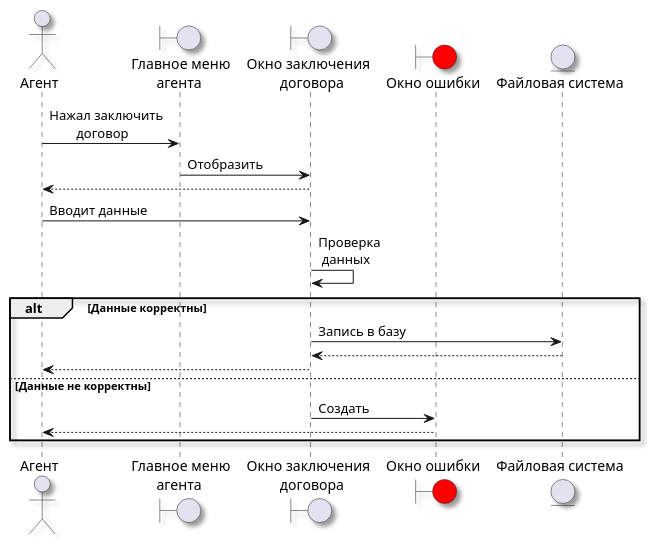
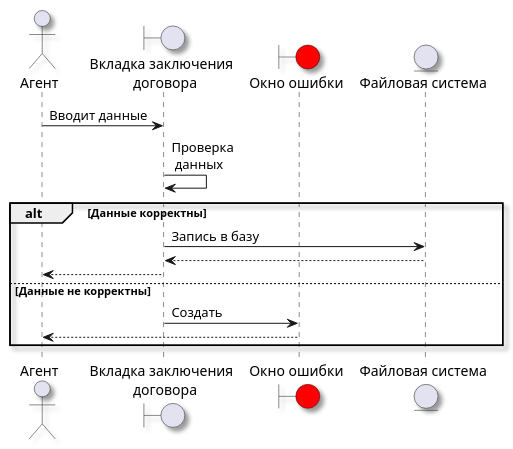
The diagram in Resource/Диаграммы последовательности/Заключение договора.wsd (MiFit1/OSOGO), drawn with PlantUML before and after one commit. The commit also changed 48 other files, not shown here.

Commit message:
Обновлены диаграммы. Обновлена ПЗ.

```diff
--- a/Resource/Диаграммы последовательности/Заключение договора.wsd
+++ b/Resource/Диаграммы последовательности/Заключение договора.wsd
@@ -1,25 +1,21 @@
 @startuml
 skinparam Shadowing true
 actor "Агент" as agent
-boundary "  Главное меню\n агента" as mainMenuAg
-boundary "Окно заключения\n  договора" as contractWindow 
+boundary "Вкладка заключения\n  договора" as contractWindow 
 boundary "Окно ошибки" as errorWindow #Red
 
 entity "Файловая система" as fs
 
-agent -> mainMenuAg : Нажал заключить\n\tдоговор
-mainMenuAg -> contractWindow : Отобразить
-contractWindow --> agent
 agent -> contractWindow : Вводит данные
 contractWindow -> contractWindow : Проверка\n данных
 
 alt Данные корректны
     contractWindow -> fs : Запись в базу
     fs --> contractWindow
     contractWindow --> agent
 else Данные не корректны
     contractWindow -> errorWindow : Создать
     errorWindow --> agent
 end
 
 @enduml
```
